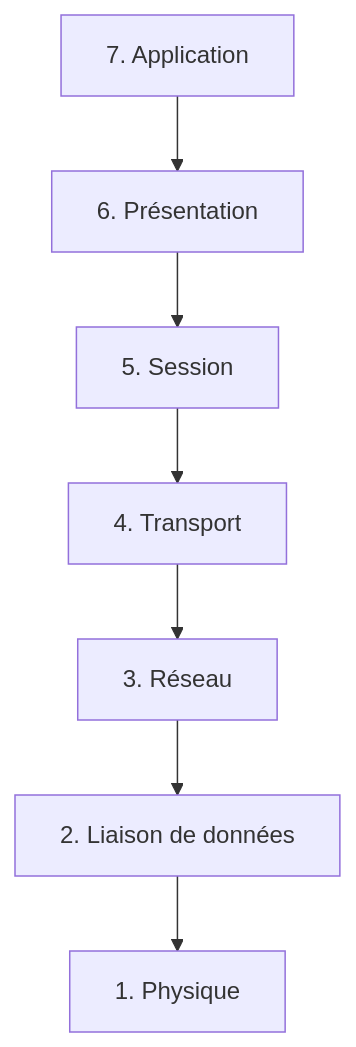
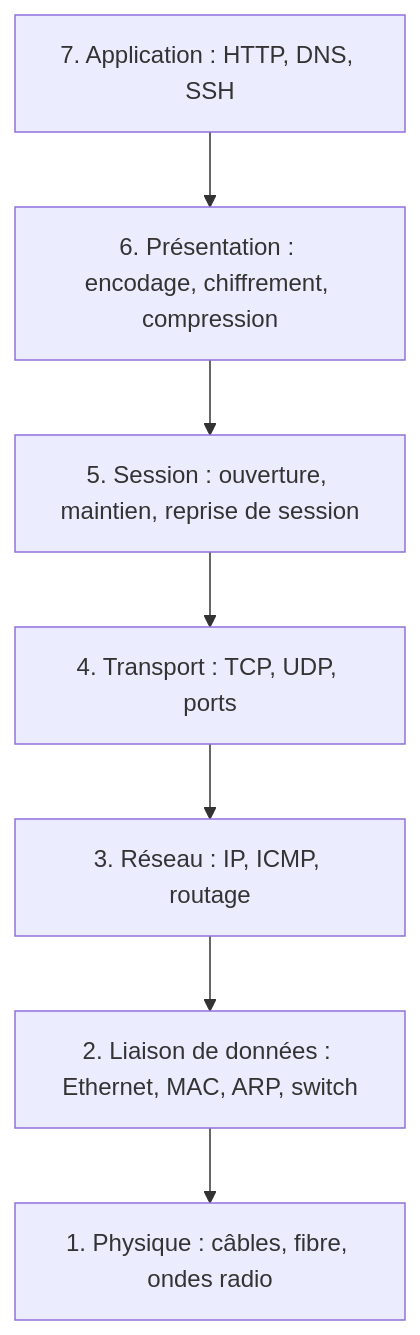
One commit to AureDulvresse/nyx changed the first of 2 diagrams in content/courses/reseaux/01-modele-osi-tcpip.md. Above: the diagram before and after it, drawn with Mermaid. The commit also changed other lines of this file and 167 other files, not shown here.

````diff
--- a/content/courses/reseaux/01-modele-osi-tcpip.md
+++ b/content/courses/reseaux/01-modele-osi-tcpip.md
@@ -23,9 +39,9 @@
 ```mermaid
-graph TD
-    L7[7. Application] --> L6[6. Présentation]
-    L6 --> L5[5. Session]
-    L5 --> L4[4. Transport]
-    L4 --> L3[3. Réseau]
-    L3 --> L2[2. Liaison de données]
-    L2 --> L1[1. Physique]
+flowchart TD
+    L7["7. Application : HTTP, DNS, SSH"] --> L6["6. Présentation : encodage, chiffrement, compression"]
+    L6 --> L5["5. Session : ouverture, maintien, reprise de session"]
+    L5 --> L4["4. Transport : TCP, UDP, ports"]
+    L4 --> L3["3. Réseau : IP, ICMP, routage"]
+    L3 --> L2["2. Liaison de données : Ethernet, MAC, ARP, switch"]
+    L2 --> L1["1. Physique : câbles, fibre, ondes radio"]
 ```
````
